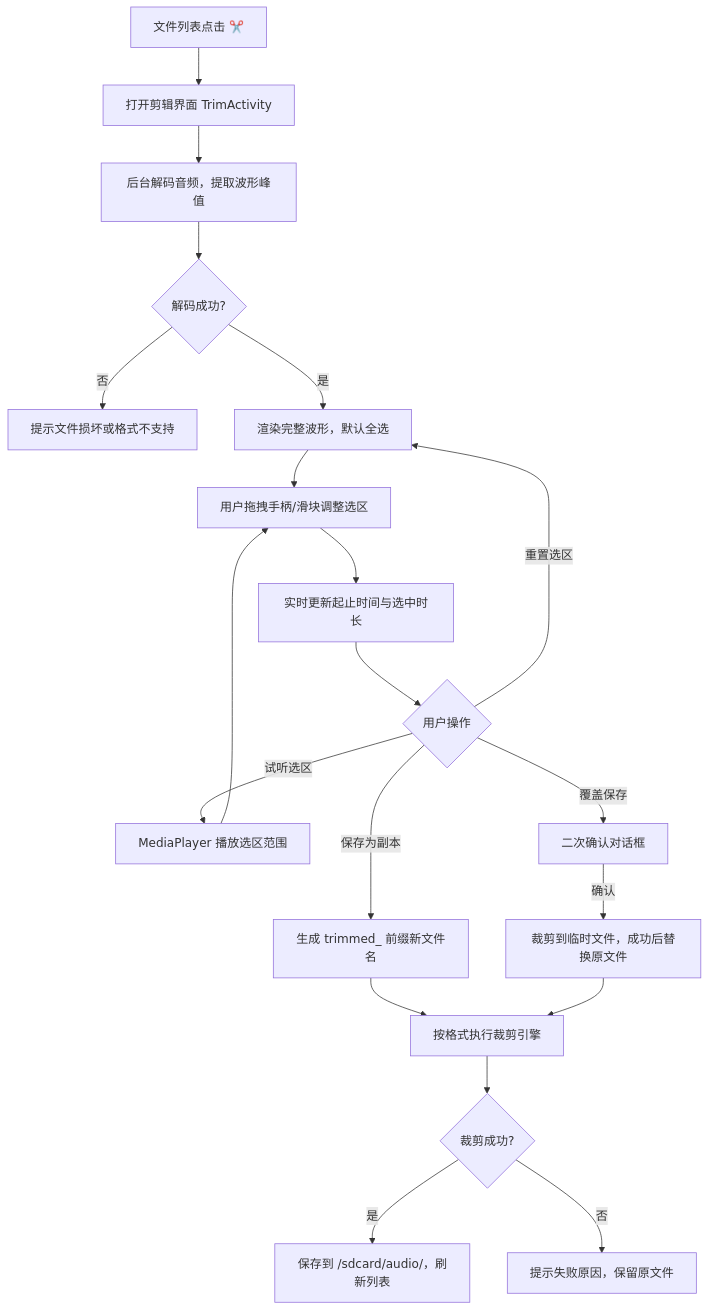
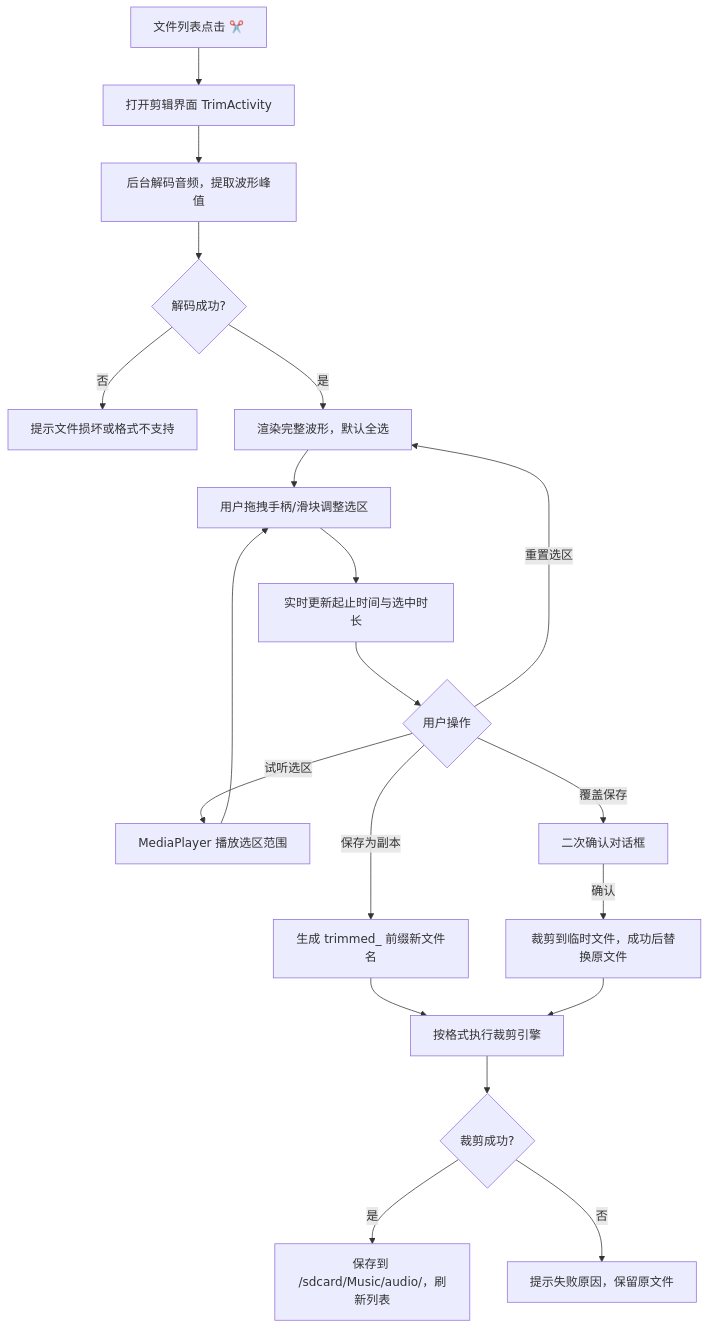
The third of 4 diagrams in docs/AudioCapture_Design.md (arrayforward/internal_audio), drawn with Mermaid before and after one commit. The commit also changed other lines of this file and 5 other files, not shown here.

````diff
--- a/docs/AudioCapture_Design.md
+++ b/docs/AudioCapture_Design.md
@@ -287,22 +287,22 @@
 ```mermaid
 graph TD
     A[文件列表点击 ✂️] --> B[打开剪辑界面 TrimActivity]
     B --> C[后台解码音频，提取波形峰值]
     C --> D{解码成功?}
     D -->|否| E[提示文件损坏或格式不支持]
     D -->|是| F[渲染完整波形，默认全选]
     F --> G[用户拖拽手柄/滑块调整选区]
     G --> H[实时更新起止时间与选中时长]
     H --> I{用户操作}
     I -->|试听选区| J[MediaPlayer 播放选区范围]
     J --> G
     I -->|重置选区| F
     I -->|保存为副本| K[生成 trimmed_ 前缀新文件名]
     I -->|覆盖保存| L[二次确认对话框]
     L -->|确认| M[裁剪到临时文件，成功后替换原文件]
     K --> N[按格式执行裁剪引擎]
     M --> N
     N --> O{裁剪成功?}
-    O -->|是| P[保存到 /sdcard/audio/，刷新列表]
+    O -->|是| P[保存到 /sdcard/Music/audio/，刷新列表]
     O -->|否| Q[提示失败原因，保留原文件]
 ```
````
